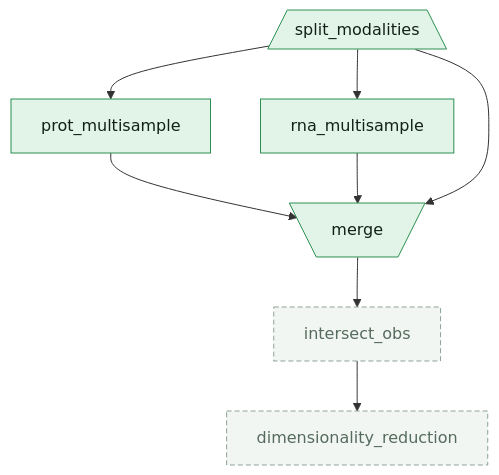
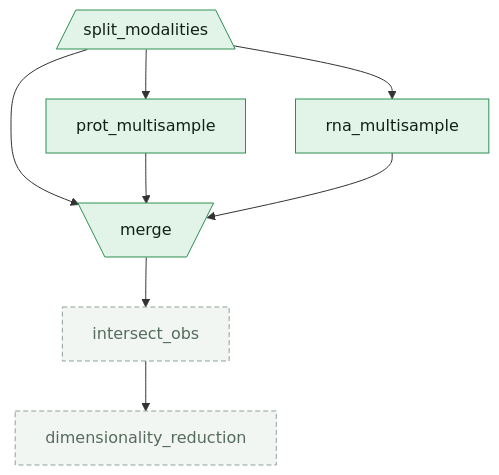
Before and after one commit to openpipelines-bio/openpipeline_docs: the diagram in reference/openpipeline/v4.2.0/workflows/multiomics/process_batches.qmd, drawn with Mermaid. The commit also changed 40 other files, not shown here.

````diff
--- a/reference/openpipeline/v4.2.0/workflows/multiomics/process_batches.qmd
+++ b/reference/openpipeline/v4.2.0/workflows/multiomics/process_batches.qmd
@@ -160,22 +160,22 @@
 ```{mermaid}
 flowchart TB
-    c_dimensionality_reduction["dimensionality_reduction"]
-    c_intersect_obs["intersect_obs"]
-    c_merge[\merge/]
-    c_prot_multisample["prot_multisample"]
-    c_rna_multisample["rna_multisample"]
-    c_split_modalities[/split_modalities\]
-    c_intersect_obs --> c_dimensionality_reduction
-    c_merge --> c_intersect_obs
-    c_prot_multisample --> c_merge
-    c_rna_multisample --> c_merge
-    c_split_modalities --> c_merge
-    c_split_modalities --> c_prot_multisample
-    c_split_modalities --> c_rna_multisample
-    style c_dimensionality_reduction fill:#f2f6f3,stroke:#8ba295,stroke-dasharray:5 3,color:#566b5f
-    style c_intersect_obs fill:#f2f6f3,stroke:#8ba295,stroke-dasharray:5 3,color:#566b5f
-    style c_merge fill:#e2f4e7,stroke:#2b8f52,color:#13201a
-    style c_prot_multisample fill:#e2f4e7,stroke:#2b8f52,color:#13201a
-    style c_rna_multisample fill:#e2f4e7,stroke:#2b8f52,color:#13201a
-    style c_split_modalities fill:#e2f4e7,stroke:#2b8f52,color:#13201a
+    c_dataflow_merge[\merge/]
+    c_dataflow_split_modalities[/split_modalities\]
+    c_filter_intersect_obs["intersect_obs"]
+    c_workflows_multiomics_dimensionality_reduction["dimensionality_reduction"]
+    c_workflows_prot_prot_multisample["prot_multisample"]
+    c_workflows_rna_rna_multisample["rna_multisample"]
+    c_dataflow_merge --> c_filter_intersect_obs
+    c_dataflow_split_modalities --> c_dataflow_merge
+    c_dataflow_split_modalities --> c_workflows_prot_prot_multisample
+    c_dataflow_split_modalities --> c_workflows_rna_rna_multisample
+    c_filter_intersect_obs --> c_workflows_multiomics_dimensionality_reduction
+    c_workflows_prot_prot_multisample --> c_dataflow_merge
+    c_workflows_rna_rna_multisample --> c_dataflow_merge
+    style c_dataflow_merge fill:#e2f4e7,stroke:#2b8f52,color:#13201a
+    style c_dataflow_split_modalities fill:#e2f4e7,stroke:#2b8f52,color:#13201a
+    style c_filter_intersect_obs fill:#f2f6f3,stroke:#8ba295,stroke-dasharray:5 3,color:#566b5f
+    style c_workflows_multiomics_dimensionality_reduction fill:#f2f6f3,stroke:#8ba295,stroke-dasharray:5 3,color:#566b5f
+    style c_workflows_prot_prot_multisample fill:#e2f4e7,stroke:#2b8f52,color:#13201a
+    style c_workflows_rna_rna_multisample fill:#e2f4e7,stroke:#2b8f52,color:#13201a
 ```
````
